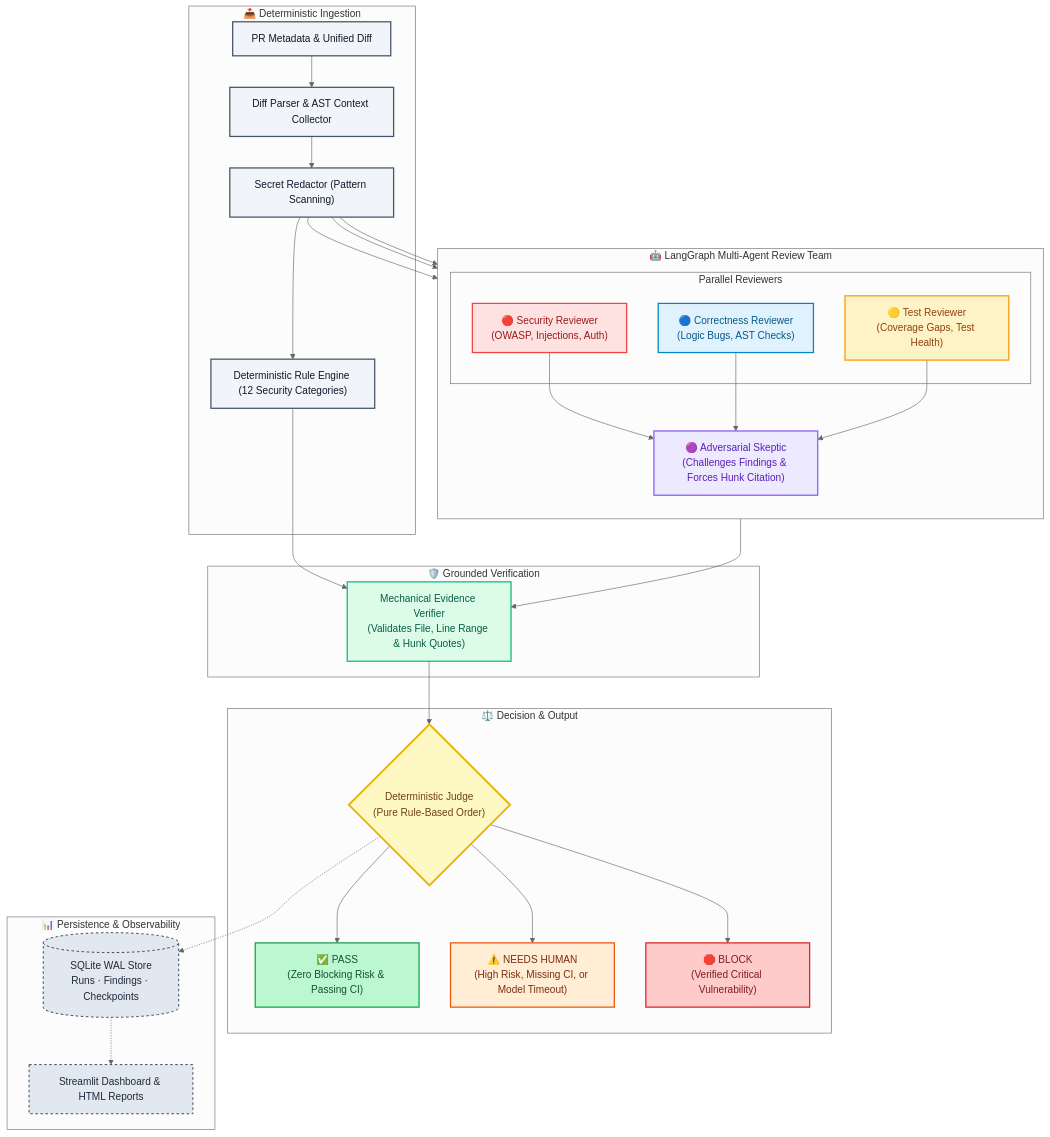
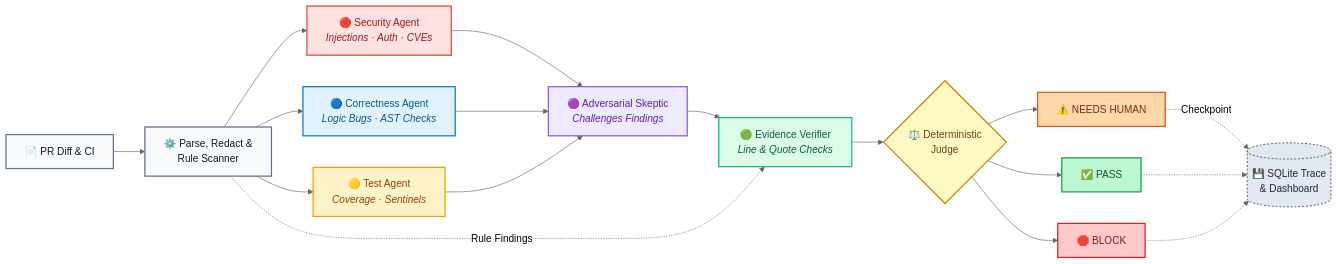
One commit to PiyushAgarwalcs/MergeGuard changed the diagram in README.md. Above: the diagram before and after it, drawn with Mermaid (neutral theme).

Commit message:
docs: streamline diagram layout to horizontal full-width view

````diff
--- a/README.md
+++ b/README.md
@@ -53,75 +53,43 @@
 ```mermaid
-flowchart TD
-    %% Styling classes
-    classDef preproc fill:#f1f5f9,stroke:#475569,stroke-width:2px,color:#0f172a;
+flowchart LR
+    %% Styling Classes
+    classDef preproc fill:#f8fafc,stroke:#64748b,stroke-width:2px,color:#0f172a;
     classDef security fill:#fee2e2,stroke:#ef4444,stroke-width:2px,color:#991b1b;
     classDef correctness fill:#e0f2fe,stroke:#0284c7,stroke-width:2px,color:#075985;
     classDef testrev fill:#fef3c7,stroke:#f59e0b,stroke-width:2px,color:#92400e;
     classDef skeptic fill:#ede9fe,stroke:#8b5cf6,stroke-width:2px,color:#5b21b6;
     classDef verifier fill:#dcfce7,stroke:#10b981,stroke-width:2px,color:#065f46;
-    classDef judge fill:#fef9c3,stroke:#eab308,stroke-width:3px,color:#713f12;
+    classDef judge fill:#fef9c3,stroke:#ca8a04,stroke-width:2px,color:#713f12;
     classDef passDecision fill:#bbf7d0,stroke:#16a34a,stroke-width:2px,color:#14532d;
+    classDef humanDecision fill:#fed7aa,stroke:#ea580c,stroke-width:2px,color:#7c2d12;
     classDef blockDecision fill:#fecaca,stroke:#dc2626,stroke-width:2px,color:#7f1d1d;
-    classDef humanDecision fill:#ffedd5,stroke:#ea580c,stroke-width:2px,color:#7c2d12;
-    classDef persistence fill:#e2e8f0,stroke:#334155,stroke-width:1.5px,stroke-dasharray: 4 4,color:#1e293b;
+    classDef storage fill:#e2e8f0,stroke:#475569,stroke-width:1.5px,stroke-dasharray: 3 3,color:#1e293b;
 
-    %% Ingestion & Pre-flight
-    subgraph INGESTION ["📥 Deterministic Ingestion"]
-        PR["PR Metadata & Unified Diff"]:::preproc
-        PARSE["Diff Parser & AST Context Collector"]:::preproc
-        REDACT["Secret Redactor (Pattern Scanning)"]:::preproc
-        RULE_SCAN["Deterministic Rule Engine (12 Security Categories)"]:::preproc
-    end
+    %% Ingestion
+    PR["📄 PR Diff & CI"]:::preproc --> SCAN["⚙️ Parse, Redact &<br/>Rule Scanner"]:::preproc
 
-    PR --> PARSE --> REDACT --> RULE_SCAN
+    %% Agent Fan-Out
+    SCAN --> SEC["🔴 Security Agent<br/><i>Injections · Auth · CVEs</i>"]:::security
+    SCAN --> CORR["🔵 Correctness Agent<br/><i>Logic Bugs · AST Checks</i>"]:::correctness
+    SCAN --> TEST["🟡 Test Agent<br/><i>Coverage · Sentinels</i>"]:::testrev
 
-    %% LangGraph Agents
-    subgraph AGENTS ["🤖 LangGraph Multi-Agent Review Team"]
-        direction TB
-        subgraph PARALLEL_REVIEW ["Parallel Reviewers"]
-            SEC["🔴 Security Reviewer\n(OWASP, Injections, Auth)"]:::security
-            CORR["🔵 Correctness Reviewer\n(Logic Bugs, AST Checks)"]:::correctness
-            TEST["🟡 Test Reviewer\n(Coverage Gaps, Test Health)"]:::testrev
-        end
-        SKEPTIC["🟣 Adversarial Skeptic\n(Challenges Findings & Forces Hunk Citation)"]:::skeptic
-    end
-
-    REDACT --> SEC
-    REDACT --> CORR
-    REDACT --> TEST
-
-    SEC --> SKEPTIC
+    %% Skeptic & Verification
+    SEC --> SKEPTIC["🟣 Adversarial Skeptic<br/><i>Challenges Findings</i>"]:::skeptic
     CORR --> SKEPTIC
     TEST --> SKEPTIC
 
-    %% Verification & Safety
-    subgraph VERIFICATION ["🛡️ Grounded Verification"]
-        VERIFY["Mechanical Evidence Verifier\n(Validates File, Line Range & Hunk Quotes)"]:::verifier
-    end
+    SKEPTIC --> VERIFY["🟢 Evidence Verifier<br/><i>Line & Quote Checks</i>"]:::verifier
+    SCAN -. Rule Findings .-> VERIFY
 
-    RULE_SCAN --> VERIFY
-    SKEPTIC --> VERIFY
+    %% Judge & Decisions
+    VERIFY --> JUDGE{"⚖️ Deterministic<br/>Judge"}:::judge
 
-    %% Pure Logic Judge
-    subgraph ARBITRATION ["⚖️ Decision & Output"]
-        JUDGE{"Deterministic Judge\n(Pure Rule-Based Order)"}:::judge
-        
-        PASS["✅ PASS\n(Zero Blocking Risk & Passing CI)"]:::passDecision
-        HUMAN["⚠️ NEEDS HUMAN\n(High Risk, Missing CI, or Model Timeout)"]:::humanDecision
-        BLOCK["🛑 BLOCK\n(Verified Critical Vulnerability)"]:::blockDecision
-    end
+    JUDGE --> PASS["✅ PASS"]:::passDecision
+    JUDGE --> HUMAN["⚠️ NEEDS HUMAN"]:::humanDecision
+    JUDGE --> BLOCK["🛑 BLOCK"]:::blockDecision
 
-    VERIFY --> JUDGE
-    JUDGE --> PASS
-    JUDGE --> HUMAN
-    JUDGE --> BLOCK
-
-    %% Storage & UI
-    subgraph OPS ["📊 Persistence & Observability"]
-        SQLITE[("SQLite WAL Store\nRuns · Findings · Checkpoints")]:::persistence
-        STREAMLIT["Streamlit Dashboard & HTML Reports"]:::persistence
-    end
-
-    JUDGE -.-> SQLITE
-    SQLITE -.-> STREAMLIT
+    %% Persistence
+    HUMAN -. Checkpoint .-> STORE[("💾 SQLite Trace<br/>& Dashboard")]:::storage
+    PASS -.-> STORE
+    BLOCK -.-> STORE
 ```
````
